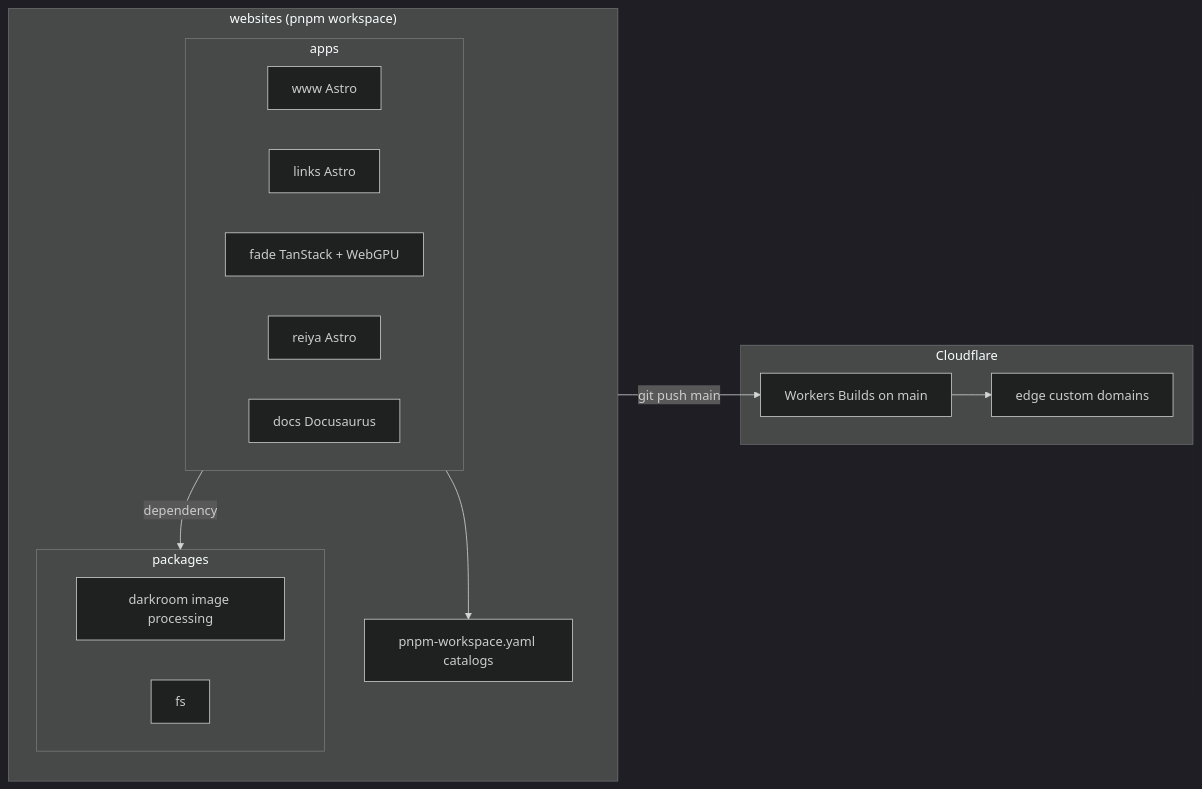
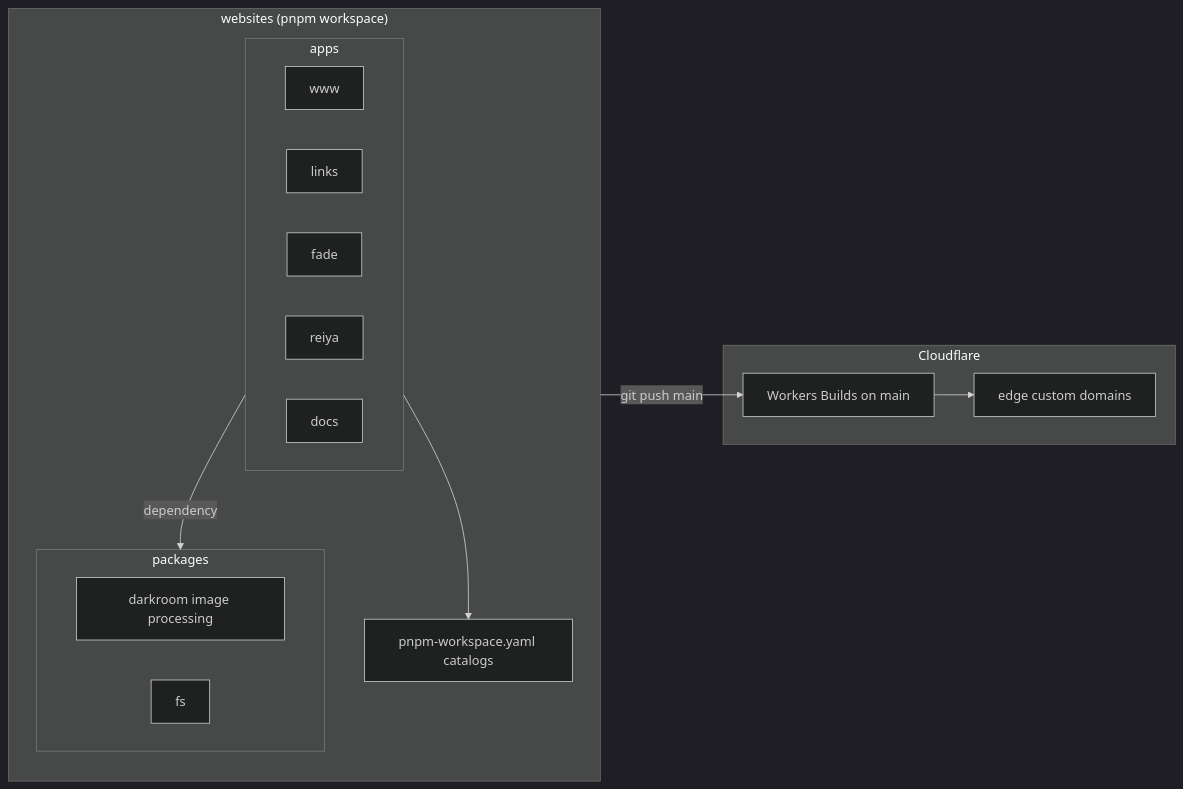
Before and after one commit to shikanime-studio/websites: the first of 2 diagrams in apps/docs/docs/products/web-properties.md, drawn with Mermaid (dark theme). The commit also changed other lines of this file and 18 other files, not shown here.

````diff
--- a/apps/docs/docs/products/web-properties.md
+++ b/apps/docs/docs/products/web-properties.md
@@ -21,24 +33,24 @@
 ```mermaid
 flowchart LR
   subgraph repo["websites (pnpm workspace)"]
     subgraph apps
-      WWW[www Astro]
-      LINKS[links Astro]
-      FADE[fade TanStack + WebGPU]
-      REIYA[reiya Astro]
-      DOCS[docs Docusaurus]
+      WWW[www]
+      LINKS[links]
+      FADE[fade]
+      REIYA[reiya]
+      DOCS[docs]
     end
     subgraph packages
       DARK[darkroom image processing]
       FS[fs]
     end
     CATALOG[pnpm-workspace.yaml catalogs]
   end
   apps -->|dependency| packages
   apps --> CATALOG
   subgraph cf["Cloudflare"]
     BUILD[Workers Builds on main]
     EDGE[edge custom domains]
   end
   repo -->|git push main| BUILD --> EDGE
 ```
````
